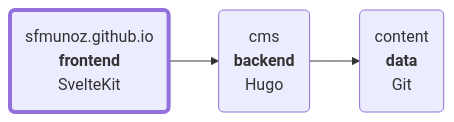
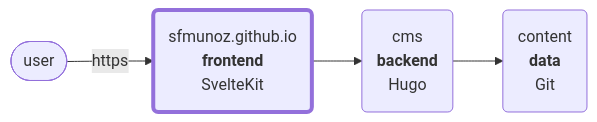
The diagram in README.md (sfmunoz/sfmunoz.github.io), drawn with Mermaid before and after one commit.

Commit message:
README.md: user added to the architecture graph

````diff
--- a/README.md
+++ b/README.md
@@ -9,8 +9,9 @@
 ```mermaid
 flowchart LR
+    user(["user"])
     sfmunoz("`sfmunoz.github.io<br>**frontend**<br>SvelteKit`")
     style sfmunoz stroke-width:4px
     cms("`cms<br>**backend**<br>Hugo`")
     content("`content<br>**data**<br>Git`")
-    sfmunoz --> cms --> content
+    user -->|https| sfmunoz --> cms --> content
 ```
````
